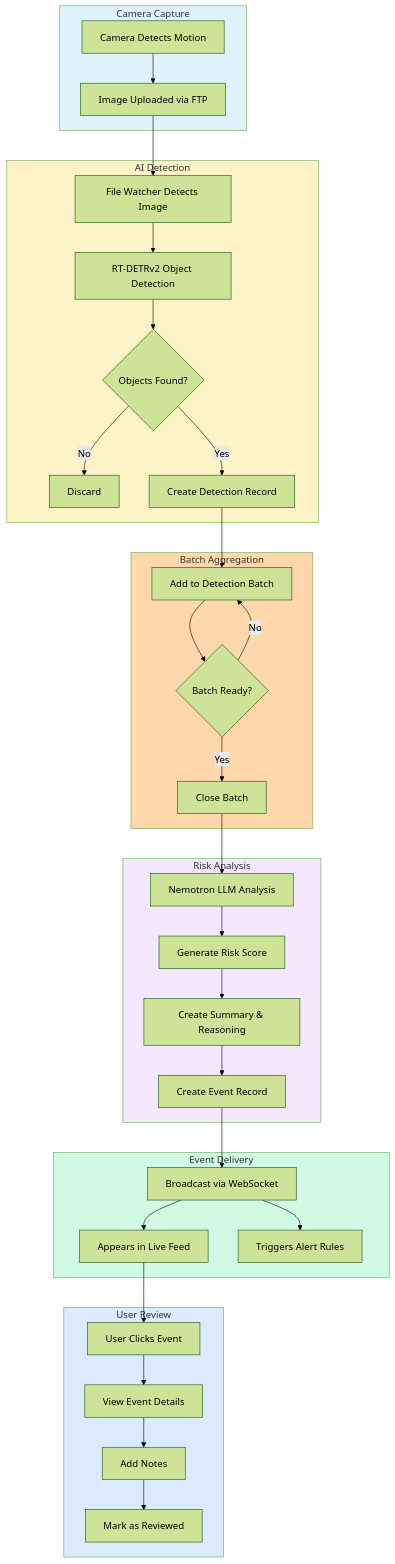
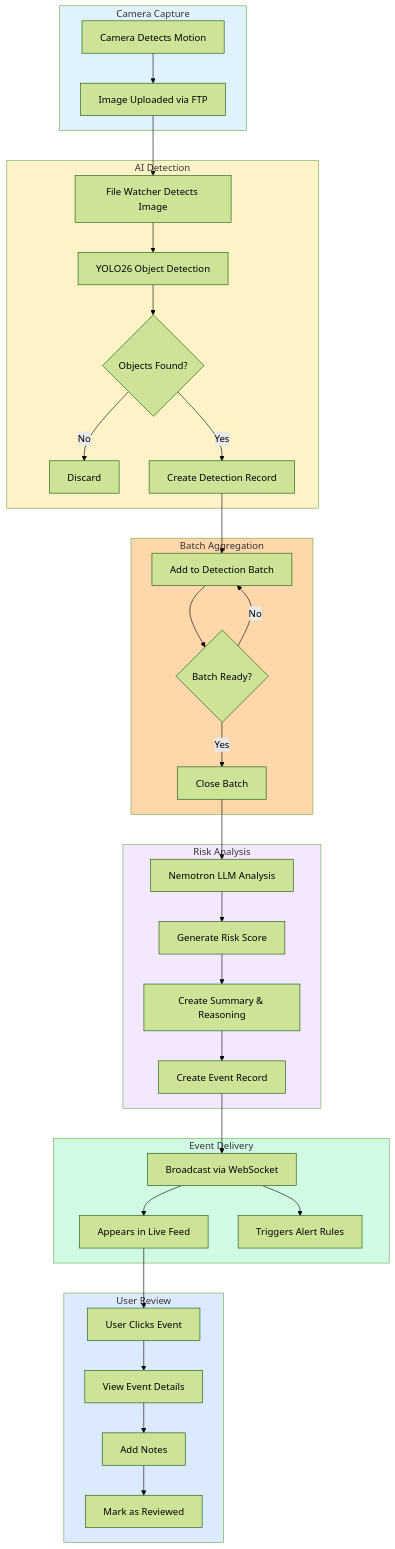
Before and after one commit to mikesvoboda/nemotron-v3-home-security-intelligence: the second of 2 diagrams in docs/ui/timeline.md, drawn with Mermaid (forest theme). The commit also changed other lines of this file and 474 other files, not shown here.

````diff
--- a/docs/ui/timeline.md
+++ b/docs/ui/timeline.md
@@ -707,48 +707,48 @@
 ```mermaid
 flowchart TD
     subgraph Capture["Camera Capture"]
         A[Camera Detects Motion] --> B[Image Uploaded via FTP]
     end
 
     subgraph Detection["AI Detection"]
         B --> C[File Watcher Detects Image]
-        C --> D[RT-DETRv2 Object Detection]
+        C --> D[YOLO26 Object Detection]
         D --> E{Objects Found?}
         E -->|No| F[Discard]
         E -->|Yes| G[Create Detection Record]
     end
 
     subgraph Batching["Batch Aggregation"]
         G --> H[Add to Detection Batch]
         H --> I{Batch Ready?}
         I -->|No| H
         I -->|Yes| J[Close Batch]
     end
 
     subgraph Analysis["Risk Analysis"]
         J --> K[Nemotron LLM Analysis]
         K --> L[Generate Risk Score]
         L --> M[Create Summary & Reasoning]
         M --> N[Create Event Record]
     end
 
     subgraph Delivery["Event Delivery"]
         N --> O[Broadcast via WebSocket]
         O --> P[Appears in Live Feed]
         O --> Q[Triggers Alert Rules]
     end
 
     subgraph Review["User Review"]
         P --> R[User Clicks Event]
         R --> S[View Event Details]
         S --> T[Add Notes]
         T --> U[Mark as Reviewed]
     end
 
     style Capture fill:#e0f2fe
     style Detection fill:#fef3c7
     style Batching fill:#fed7aa
     style Analysis fill:#f3e8ff
     style Delivery fill:#d1fae5
     style Review fill:#dbeafe
 ```
````
